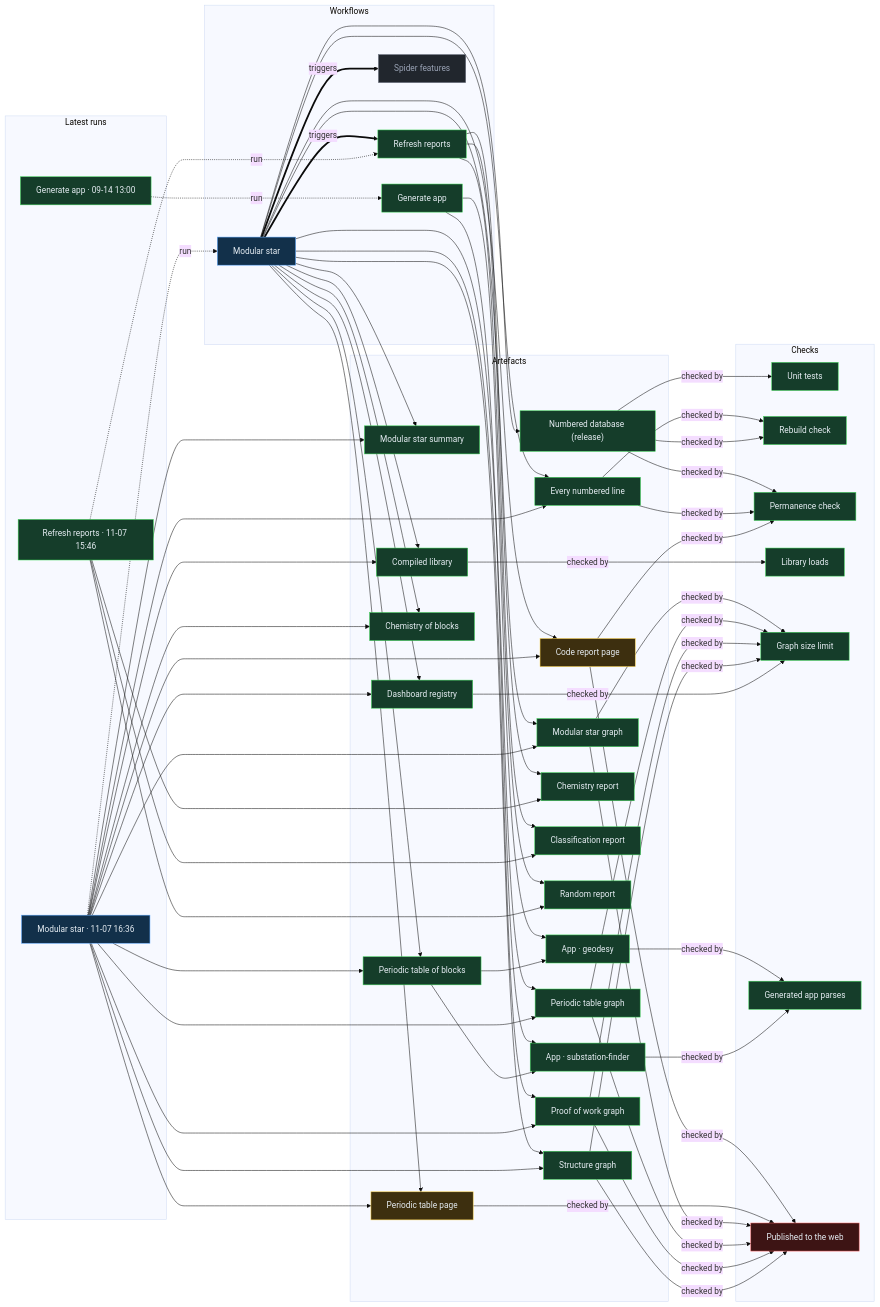
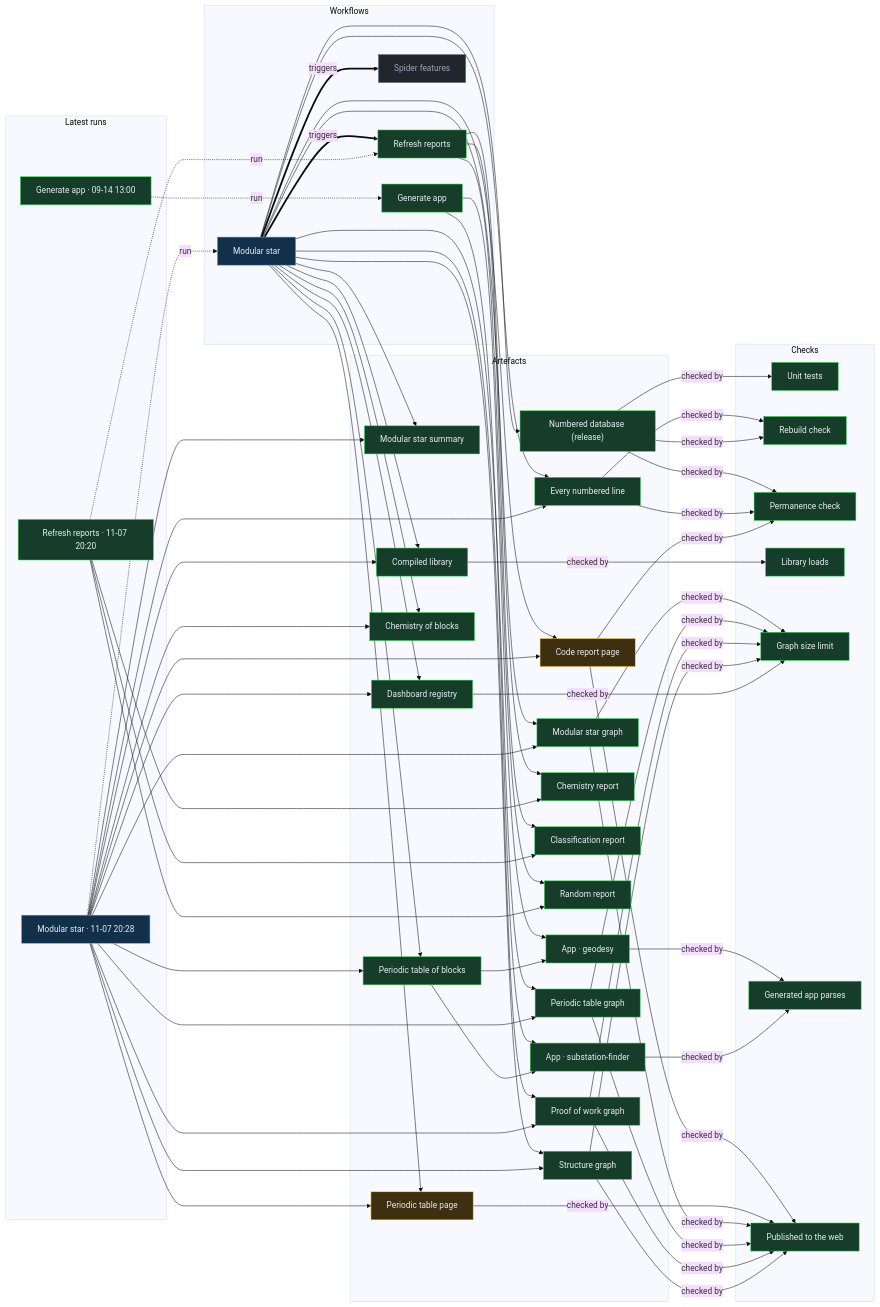
The diagram in proof/PROOF.md (Ventusltd/stars), drawn with Mermaid (base theme) before and after one commit. The commit also changed other lines of this file and 34 other files, not shown here.

Commit message:
Modular star 2026-11-07T20:30Z

```diff
--- a/proof/PROOF.md
+++ b/proof/PROOF.md
@@ -24,8 +24,8 @@
   n_wf_spider_features["Spider features"]:::off
   end
   subgraph g_runs["Latest runs"]
-  n_run_42392182142["Modular star · 11-07 16:36"]:::live
-  n_run_42388033819["Refresh reports · 11-07 15:46"]:::ok
+  n_run_42411190799["Modular star · 11-07 20:28"]:::live
+  n_run_42410571299["Refresh reports · 11-07 20:20"]:::ok
   n_run_34846587798["Generate app · 09-14 13:00"]:::ok
   end
   subgraph g_artefacts["Artefacts"]
@@ -55,43 +55,43 @@
   n_chk_library["Library loads"]:::ok
   n_chk_size["Graph size limit"]:::ok
   n_chk_parses["Generated app parses"]:::ok
-  n_chk_pages["Published to the web"]:::fail
+  n_chk_pages["Published to the web"]:::ok
   end
   n_wf_modular_star == triggers ==> n_wf_refresh
   n_wf_modular_star == triggers ==> n_wf_spider_features
-  n_run_42392182142 -. run .-> n_wf_modular_star
-  n_run_42388033819 -. run .-> n_wf_refresh
+  n_run_42411190799 -. run .-> n_wf_modular_star
+  n_run_42410571299 -. run .-> n_wf_refresh
   n_run_34846587798 -. run .-> n_wf_generate
   n_wf_modular_star --> n_art_summary
-  n_run_42392182142 --> n_art_summary
+  n_run_42411190799 --> n_art_summary
   n_wf_modular_star --> n_art_lines
-  n_run_42392182142 --> n_art_lines
+  n_run_42411190799 --> n_art_lines
   n_wf_modular_star --> n_art_code
-  n_run_42392182142 --> n_art_code
+  n_run_42411190799 --> n_art_code
   n_wf_modular_star --> n_art_modular_graph
-  n_run_42392182142 --> n_art_modular_graph
+  n_run_42411190799 --> n_art_modular_graph
   n_wf_modular_star --> n_art_blocks
-  n_run_42392182142 --> n_art_blocks
+  n_run_42411190799 --> n_art_blocks
   n_wf_modular_star --> n_art_table
-  n_run_42392182142 --> n_art_table
+  n_run_42411190799 --> n_art_table
   n_wf_modular_star --> n_art_blocks_graph
-  n_run_42392182142 --> n_art_blocks_graph
+  n_run_42411190799 --> n_art_blocks_graph
   n_wf_modular_star --> n_art_reactions
-  n_run_42392182142 --> n_art_reactions
+  n_run_42411190799 --> n_art_reactions
   n_wf_modular_star --> n_art_library
-  n_run_42392182142 --> n_art_library
+  n_run_42411190799 --> n_art_library
   n_wf_modular_star --> n_art_features
-  n_run_42392182142 --> n_art_features
+  n_run_42411190799 --> n_art_features
   n_wf_modular_star --> n_art_proof
-  n_run_42392182142 --> n_art_proof
+  n_run_42411190799 --> n_art_proof
   n_wf_modular_star --> n_art_structure
-  n_run_42392182142 --> n_art_structure
+  n_run_42411190799 --> n_art_structure
   n_wf_refresh --> n_art_chemistry
-  n_run_42388033819 --> n_art_chemistry
+  n_run_42410571299 --> n_art_chemistry
   n_wf_refresh --> n_art_vedic
-  n_run_42388033819 --> n_art_vedic
+  n_run_42410571299 --> n_art_vedic
   n_wf_refresh --> n_art_random
-  n_run_42388033819 --> n_art_random
+  n_run_42410571299 --> n_art_random
   n_wf_modular_star --> n_art_release
   n_wf_generate --> n_app_geodesy
   n_art_blocks --> n_app_geodesy
```
